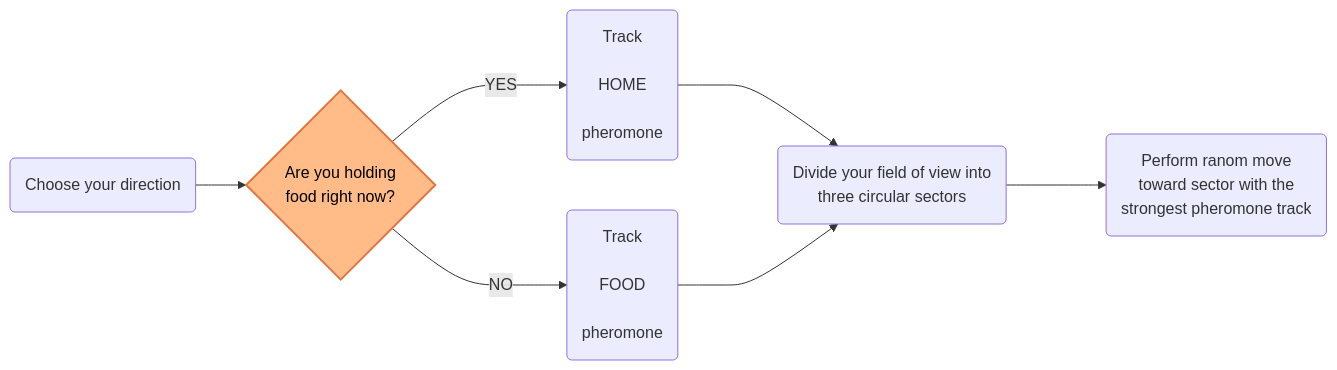
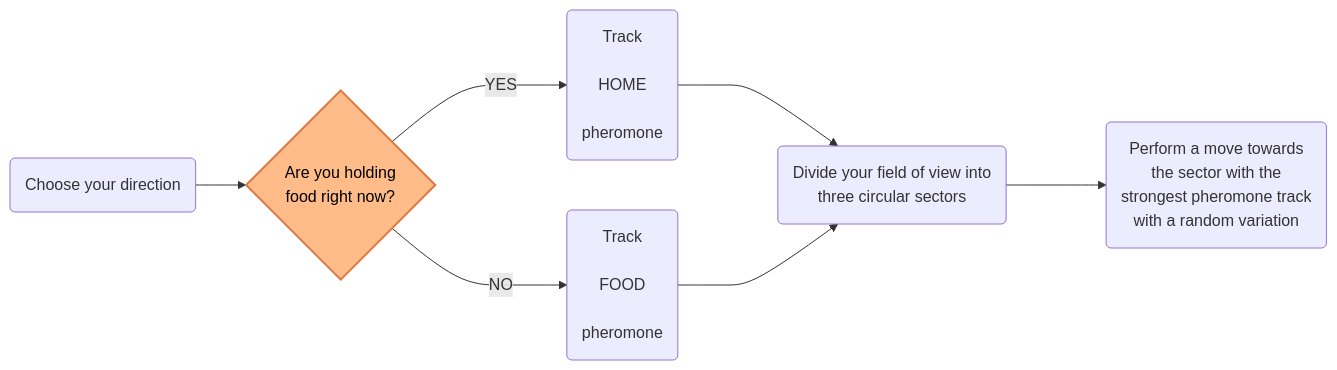
The diagram in README.md (GabenRulez/AntsSimulation), drawn with Mermaid before and after one commit. The commit also changed other lines of this file, not shown here.

Commit message:
Fixed typos.

````diff
--- a/README.md
+++ b/README.md
@@ -27,13 +27,13 @@
  ```mermaid
 graph LR;
     A(Choose your direction) --> B{Are you holding <br/> food right now?};
     B --->|YES| C(Track<br/><br/>HOME<br/><br/>pheromone)
     B --->|NO| D(Track<br/><br/>FOOD<br/><br/>pheromone)
     C --->E(Divide your field of view into<br/>three circular sectors)
     D ---> E
-    E ---> F(Perform ranom move<br/>toward sector with the<br/>strongest pheromone track)
+    E ---> F(Perform a move towards <br/>the sector with the<br/>strongest pheromone track<br/>with a random variation)
  
  classDef orange fill:#fb8,stroke:#d74,stroke-width:2px, color:black;
      class sq,e green
      class B orange
 ```
````
